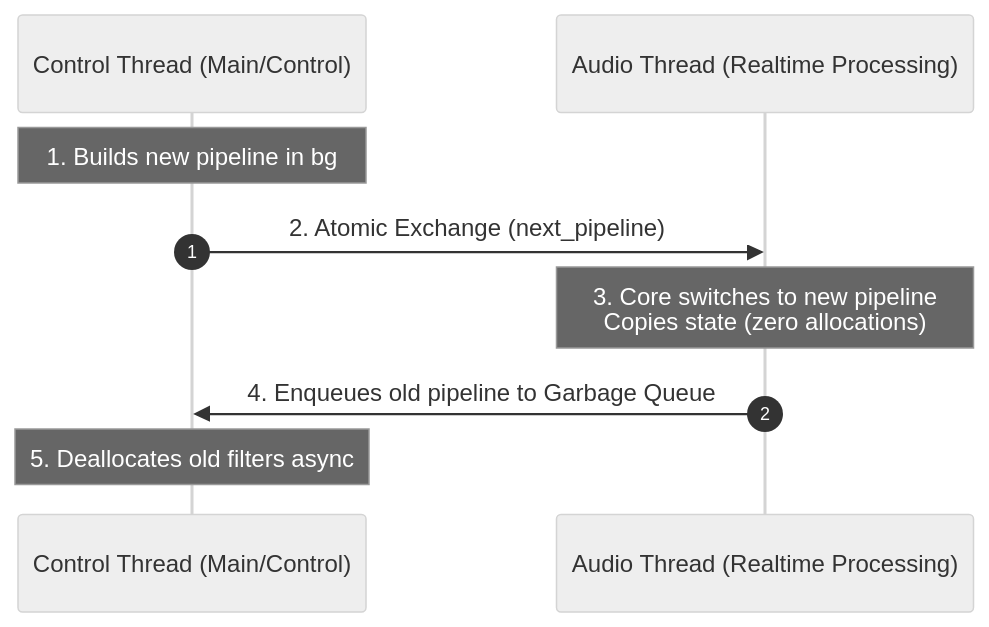
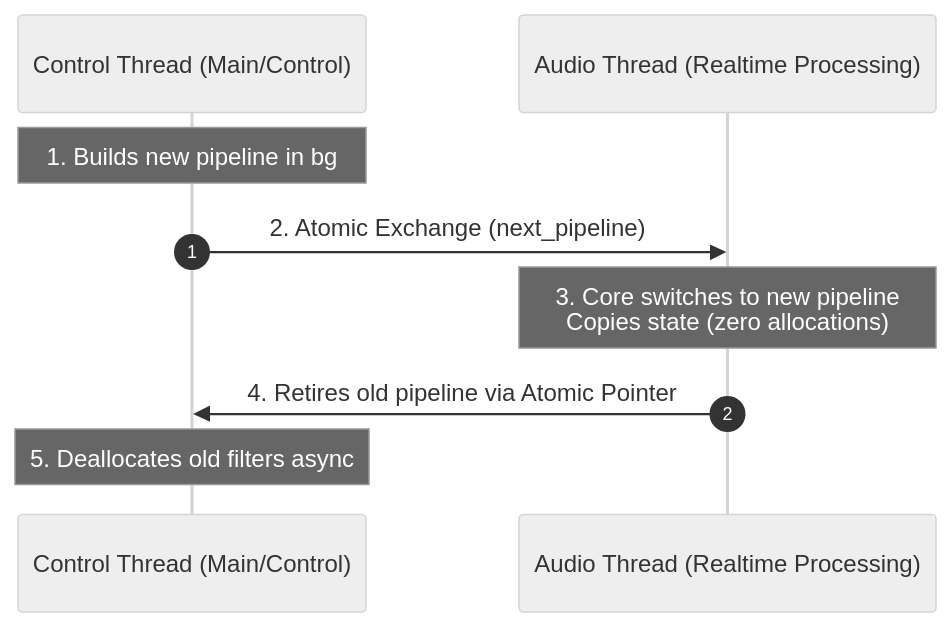
The second of 2 diagrams in README.md (Wang-Yue/cdsp), drawn with Mermaid (neutral theme) before and after one commit. The commit also changed other lines of this file and 8 other files, not shown here.

Commit message:
refactor: replace garbage queue with atomic retired pipeline for improved memory management

````diff
--- a/README.md
+++ b/README.md
@@ -77,12 +77,12 @@
 ```mermaid
 sequenceDiagram
     autonumber
     participant C as Control Thread (Main/Control)
     participant A as Audio Thread (Realtime Processing)
 
     Note over C: 1. Builds new pipeline in bg
     C->>A: 2. Atomic Exchange (next_pipeline)
     Note over A: 3. Core switches to new pipeline<br/>Copies state (zero allocations)
-    A->>C: 4. Enqueues old pipeline to Garbage Queue
+    A->>C: 4. Retires old pipeline via Atomic Pointer
     Note over C: 5. Deallocates old filters async
 ```
````
